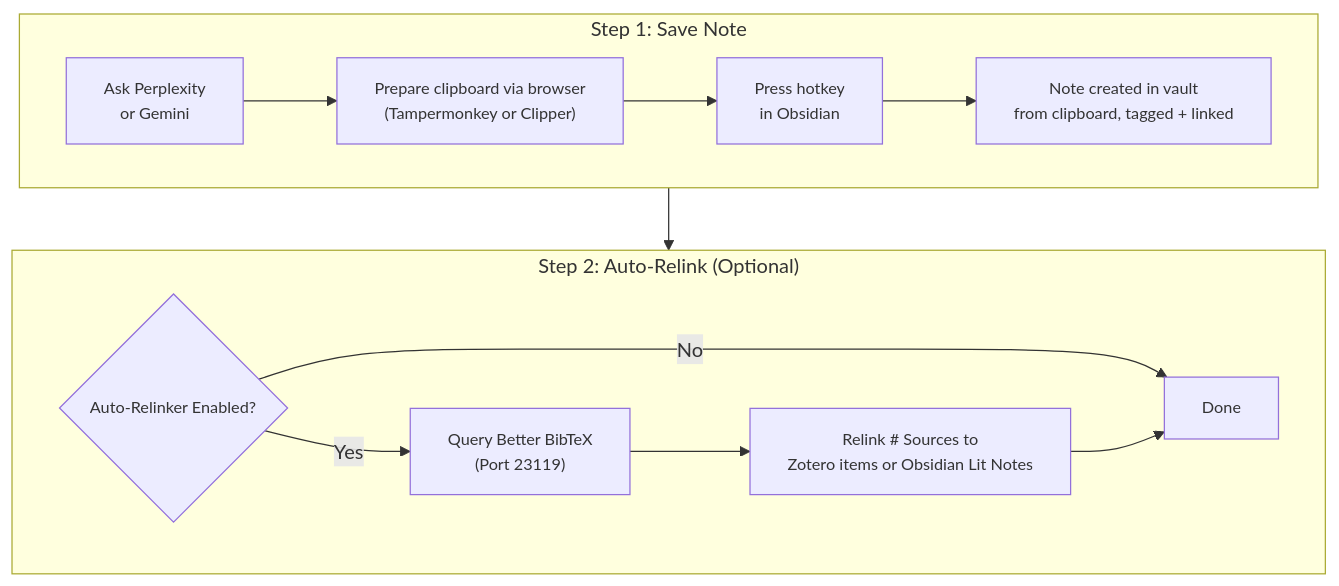
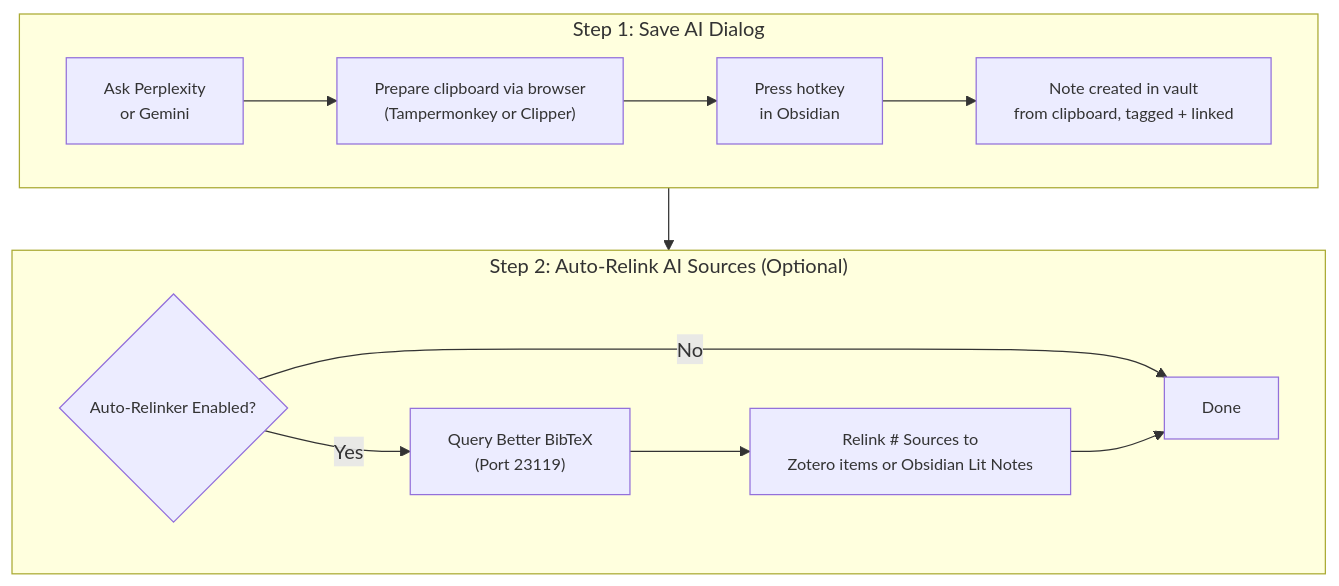
The first of 2 diagrams in README.md (notuntoward/obsidian-perplexity-saver), drawn with Mermaid before and after one commit.

Commit message:
docs: clarify AI dialog context in flowchart titles

````diff
--- a/README.md
+++ b/README.md
@@ -13,25 +13,25 @@
 ```mermaid
 flowchart TD
     %% Use subgraphs to create "rows" for a wrapping/snaking layout
-    subgraph Row1 ["Step 1: Save Note"]
+    subgraph Row1 ["Step 1: Save AI Dialog"]
         direction LR
         A["Ask Perplexity<br/>or Gemini"] --> B["Prepare clipboard via browser<br/>(Tampermonkey or Clipper)"]
         B --> C["Press hotkey<br/>in Obsidian"]
         C --> H["Note created in vault<br/>from clipboard, tagged + linked"]
     end
 
-    subgraph Row2 ["Step 2: Auto-Relink (Optional)"]
+    subgraph Row2 ["Step 2: Auto-Relink AI Sources (Optional)"]
         direction LR
         I{"Auto-Relinker Enabled?"} -->|Yes| J["Query Better BibTeX<br/>(Port 23119)"]
         J --> K["Relink # Sources to<br/>Zotero items or Obsidian Lit Notes"]
         I -->|No| L["Done"]
         K --> L
     end
 
     %% Connect the end of Row 1 to the start of Row 2
     H --> I
 
     %% Define the smaller font style
     classDef smallFont font-size:13px;
     class A,B,C,H,I,J,K,L smallFont;
 ```
````
